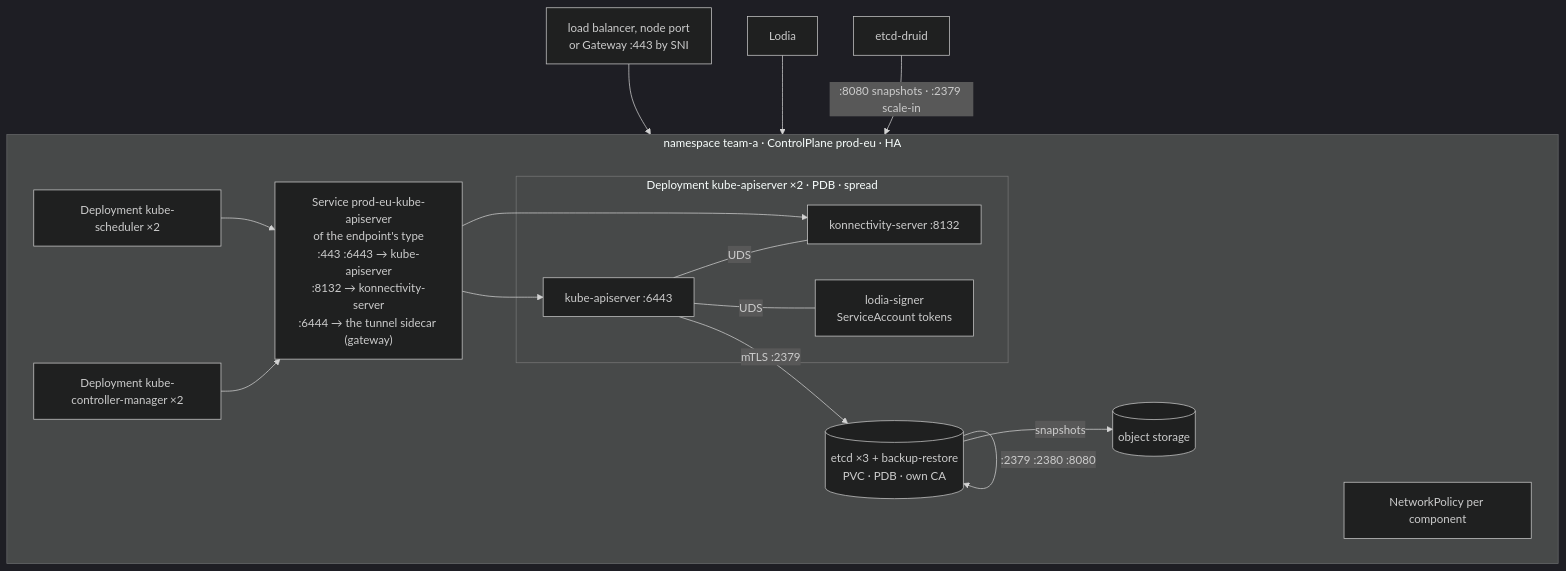
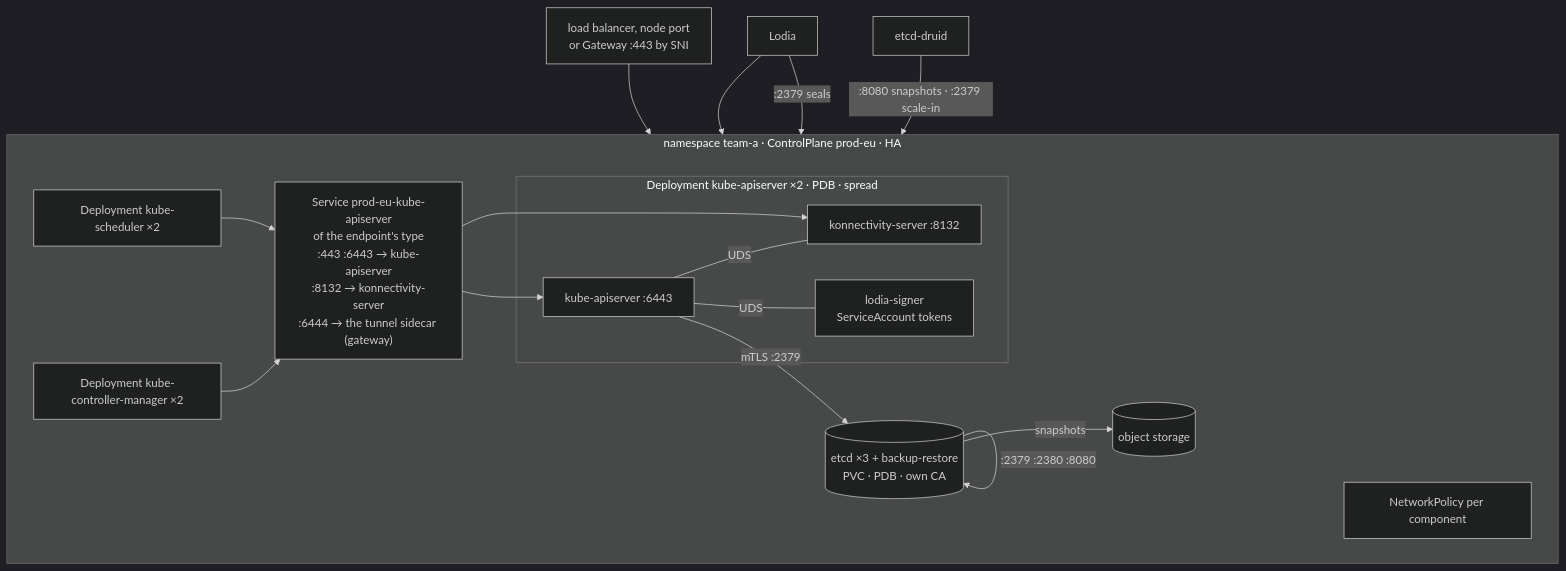
One commit to lodia-io/lodia changed the third of 7 diagrams in docs/README.md. Above: the diagram before and after it, drawn with Mermaid (dark theme). The commit also changed other lines of this file and 27 other files, not shown here.

````diff
--- a/docs/README.md
+++ b/docs/README.md
@@ -85,24 +85,25 @@
 ```mermaid
 flowchart TB
   subgraph ns["namespace team-a · ControlPlane prod-eu · HA"]
     direction LR
     subgraph kas["Deployment kube-apiserver ×2 · PDB · spread"]
       a["kube-apiserver :6443"] ---|UDS| k["konnectivity-server :8132"]
       a ---|UDS| sg["lodia-signer<br/>ServiceAccount tokens"]
     end
     kcm["Deployment kube-controller-manager ×2"]
     sch["Deployment kube-scheduler ×2"]
     etcd[("etcd ×3 + backup-restore<br/>PVC · PDB · own CA")]
     svc["Service prod-eu-kube-apiserver<br/>of the endpoint's type<br/>:443 :6443 → kube-apiserver<br/>:8132 → konnectivity-server<br/>:6444 → the tunnel sidecar (gateway)"]
     np["NetworkPolicy per component"]
     kcm --> svc --> a
     sch --> svc
     svc --> k
     a -->|mTLS :2379| etcd
     etcd -->|":2379 :2380 :8080"| etcd
     etcd -->|snapshots| s3[(object storage)]
   end
   ep["load balancer, node port<br/>or Gateway :443 by SNI"] --> svc
   op["Lodia"] --> svc
+  op -->|":2379 seals"| etcd
   druid["etcd-druid"] -->|":8080 snapshots · :2379 scale-in"| etcd
 ```
````
